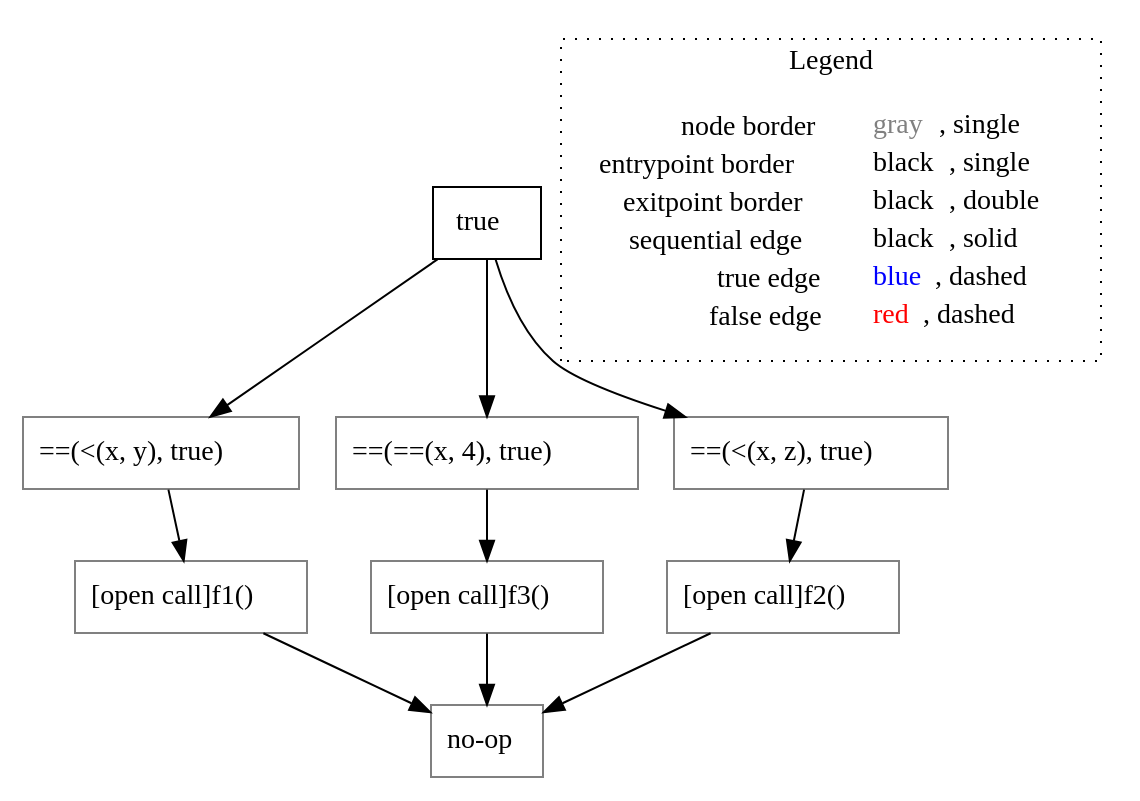
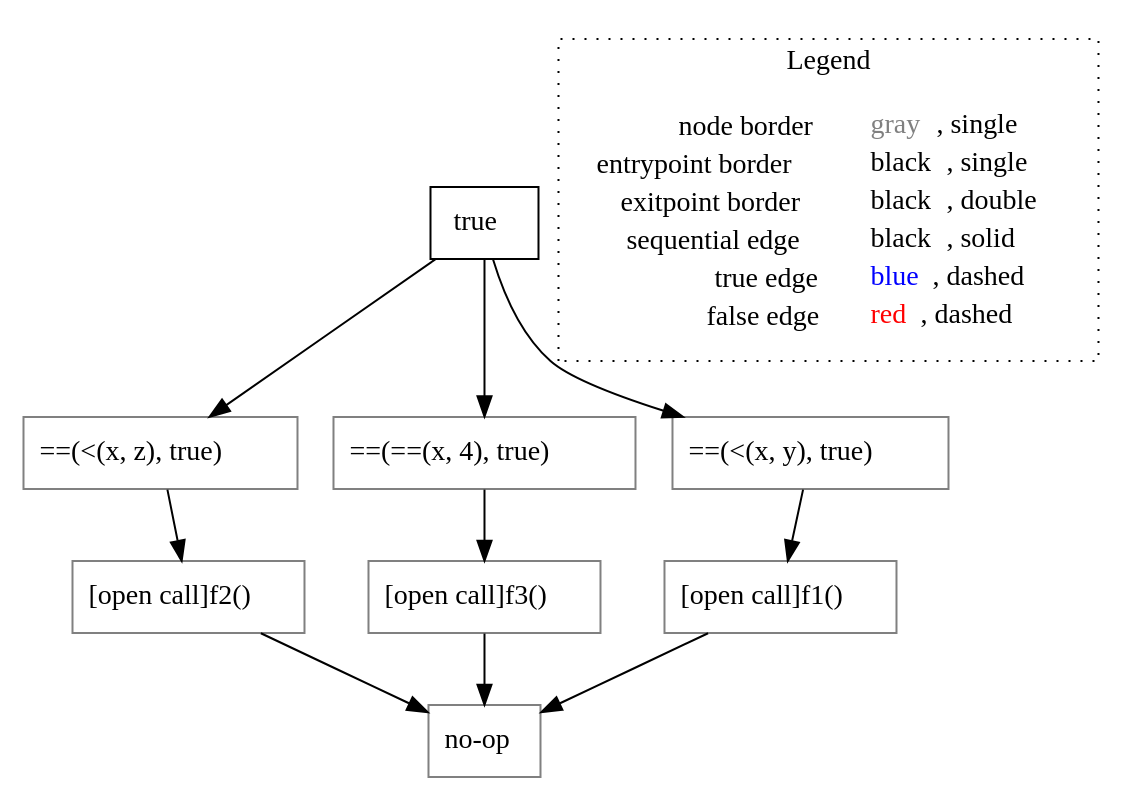
The diagram in go-lisa/test-outputs/switch/untyped_noGuard().dot (lisa-analyzer/go-lisa), drawn with Graphviz before and after one commit. The commit also changed 5 other files, not shown here.

```diff
--- a/go-lisa/test-outputs/switch/untyped_noGuard().dot
+++ b/go-lisa/test-outputs/switch/untyped_noGuard().dot
@@ -1,26 +1,26 @@
 digraph {
 	"node0" [shape="rect",color="black",label=<true>];
-	"node1" [shape="rect",color="gray",label=<==(&lt;(x, y), true)>];
-	"node2" [shape="rect",color="gray",label=<[open call]f2()>];
-	"node3" [shape="rect",color="gray",label=<no-op>];
-	"node4" [shape="rect",color="gray",label=<[open call]f3()>];
-	"node5" [shape="rect",color="gray",label=<==(==(x, 4), true)>];
-	"node6" [shape="rect",color="gray",label=<==(&lt;(x, z), true)>];
+	"node1" [shape="rect",color="gray",label=<==(&lt;(x, z), true)>];
+	"node2" [shape="rect",color="gray",label=<==(==(x, 4), true)>];
+	"node3" [shape="rect",color="gray",label=<[open call]f3()>];
+	"node4" [shape="rect",color="gray",label=<no-op>];
+	"node5" [shape="rect",color="gray",label=<[open call]f2()>];
+	"node6" [shape="rect",color="gray",label=<==(&lt;(x, y), true)>];
 	"node7" [shape="rect",color="gray",label=<[open call]f1()>];
-	"node1" -> "node7" [color="black"];
+	"node1" -> "node5" [color="black"];
 	"node2" -> "node3" [color="black"];
-	"node4" -> "node3" [color="black"];
+	"node0" -> "node1" [color="black"];
+	"node0" -> "node2" [color="black"];
+	"node0" -> "node6" [color="black"];
+	"node3" -> "node4" [color="black"];
 	"node5" -> "node4" [color="black"];
-	"node6" -> "node2" [color="black"];
-	"node0" -> "node1" [color="black"];
-	"node0" -> "node5" [color="black"];
-	"node0" -> "node6" [color="black"];
-	"node7" -> "node3" [color="black"];
+	"node6" -> "node7" [color="black"];
+	"node7" -> "node4" [color="black"];
 subgraph cluster_legend {
 	label="Legend";
 	style=dotted;
 	node [shape=plaintext];
 	"legend" [label=<<table border="0" cellpadding="2" cellspacing="0" cellborder="0"><tr><td align="right">node border&nbsp;</td><td align="left"><font color="gray">gray</font>, single</td></tr><tr><td align="right">entrypoint border&nbsp;</td><td align="left"><font color="black">black</font>, single</td></tr><tr><td align="right">exitpoint border&nbsp;</td><td align="left"><font color="black">black</font>, double</td></tr><tr><td align="right">sequential edge&nbsp;</td><td align="left"><font color="black">black</font>, solid</td></tr><tr><td align="right">true edge&nbsp;</td><td align="left"><font color="blue">blue</font>, dashed</td></tr><tr><td align="right">false edge&nbsp;</td><td align="left"><font color="red">red</font>, dashed</td></tr></table>>];
 }
 
 }
```
